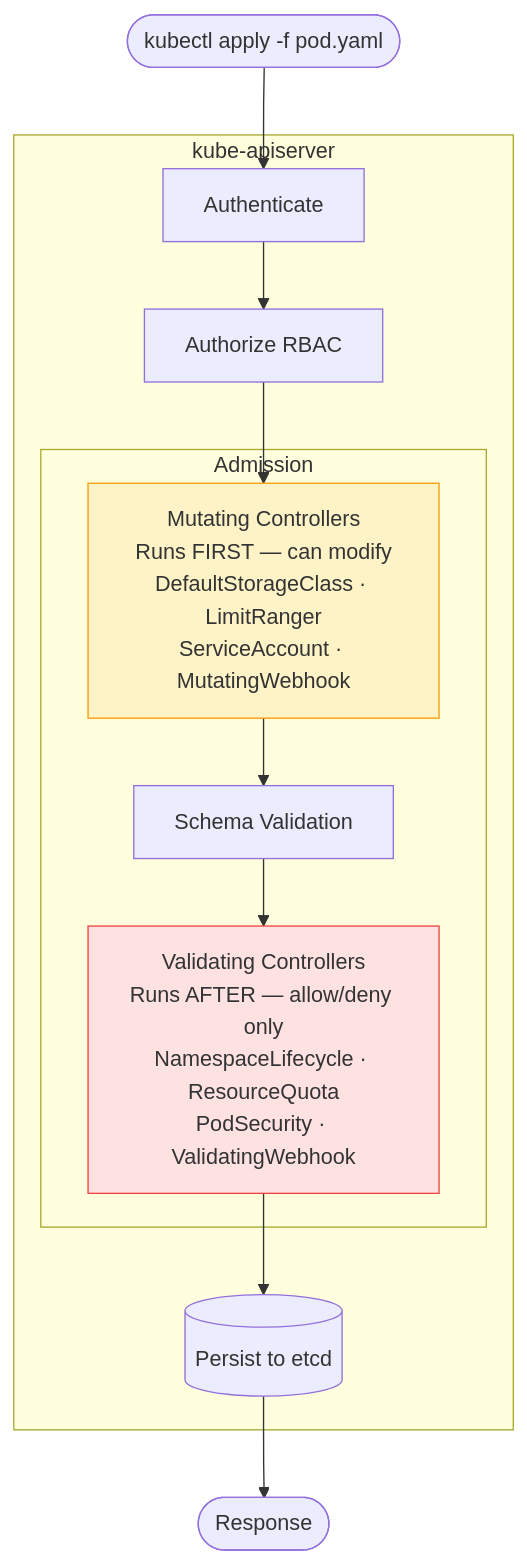
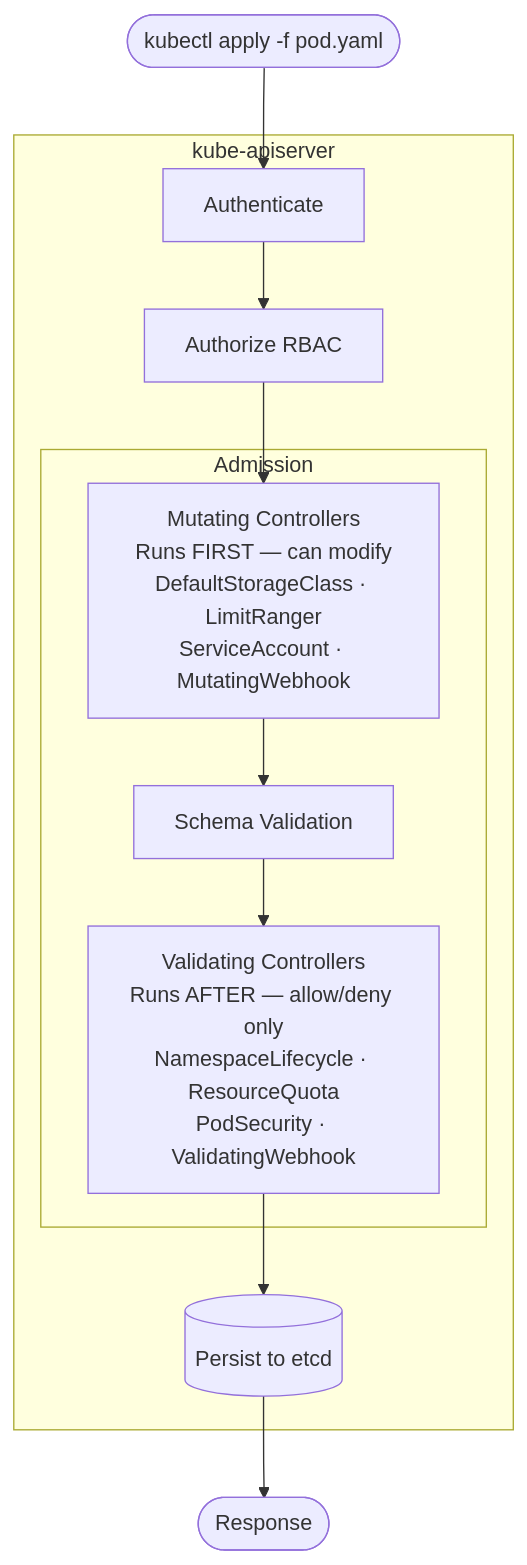
The diagram in content/cka/05-scheduling-where-pods-land/57-admission-controllers/57-admission-controllers.md (Gautam4424/k8slearn-content), drawn with Mermaid before and after one commit. The commit also changed 40 other files, not shown here.

Commit message:
chore: fix mermaid style regex

````diff
--- a/content/cka/05-scheduling-where-pods-land/57-admission-controllers/57-admission-controllers.md
+++ b/content/cka/05-scheduling-where-pods-land/57-admission-controllers/57-admission-controllers.md
@@ -21,18 +21,16 @@
 ```mermaid
 flowchart TD
     REQ(["kubectl apply -f pod.yaml"])
     subgraph API["kube-apiserver"]
         A1["Authenticate"]
         A2["Authorize RBAC"]
         subgraph ADM["Admission"]
             M["Mutating Controllers\nRuns FIRST — can modify\nDefaultStorageClass · LimitRanger\nServiceAccount · MutatingWebhook"]
             S["Schema Validation"]
             V["Validating Controllers\nRuns AFTER — allow/deny only\nNamespaceLifecycle · ResourceQuota\nPodSecurity · ValidatingWebhook"]
         end
         E[("Persist to etcd")]
     end
     RESP(["Response"])
     REQ --> A1 --> A2 --> M --> S --> V --> E --> RESP
-    style M fill:#fef3c7,stroke:#f59e0b
-    style V fill:#fee2e2,stroke:#ef4444
 ```
````
